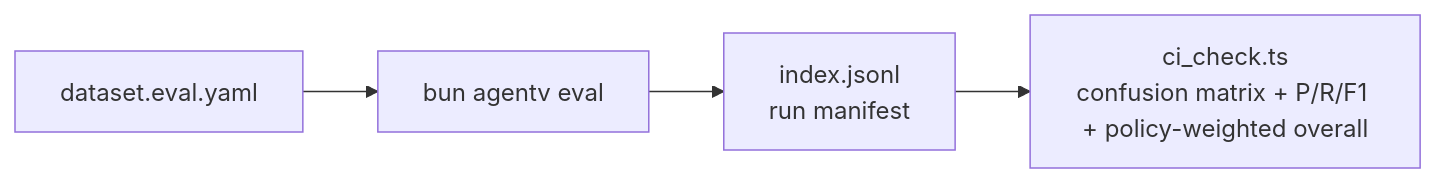
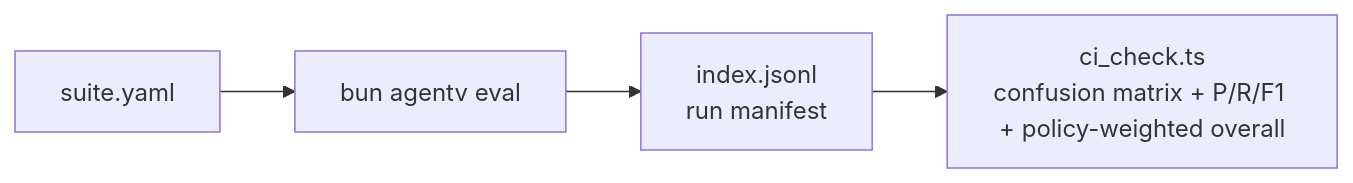
The first of 2 diagrams in examples/showcase/export-screening/README.md (EntityProcess/agentv), drawn with Mermaid before and after one commit. The commit also changed other lines of this file and 301 other files, not shown here.

First line of the commit message:
fix(examples): migrate eval suites to suite yaml

````diff
--- a/examples/showcase/export-screening/README.md
+++ b/examples/showcase/export-screening/README.md
@@ -70,6 +70,6 @@
 ```mermaid
 flowchart LR
-    A[dataset.eval.yaml] --> B[bun agentv eval]
+    A[suite.yaml] --> B[bun agentv eval]
     B --> C[index.jsonl<br/>run manifest]
     C --> D[ci_check.ts<br/>confusion matrix + P/R/F1 + policy-weighted overall]
 ```
````
